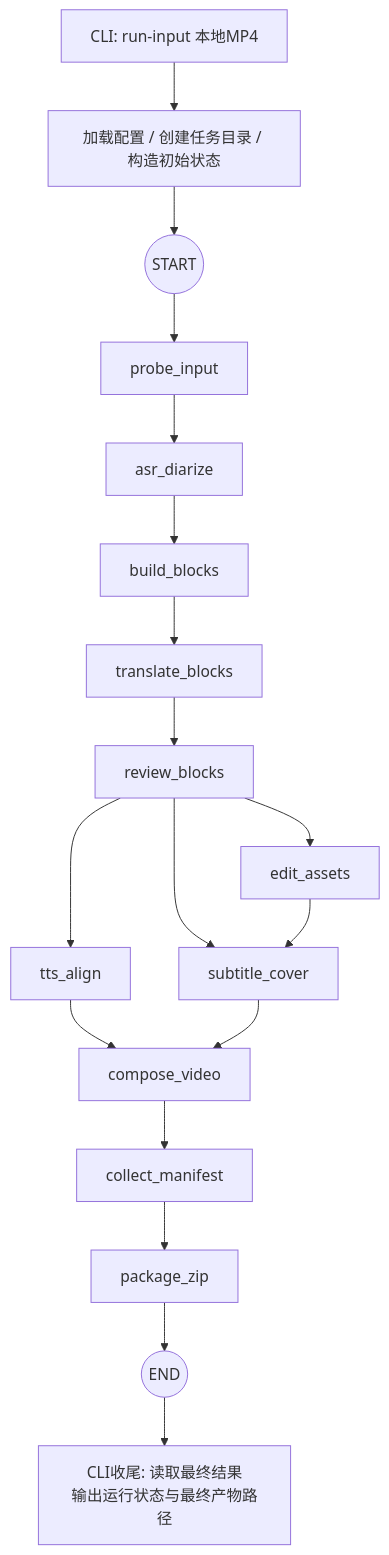
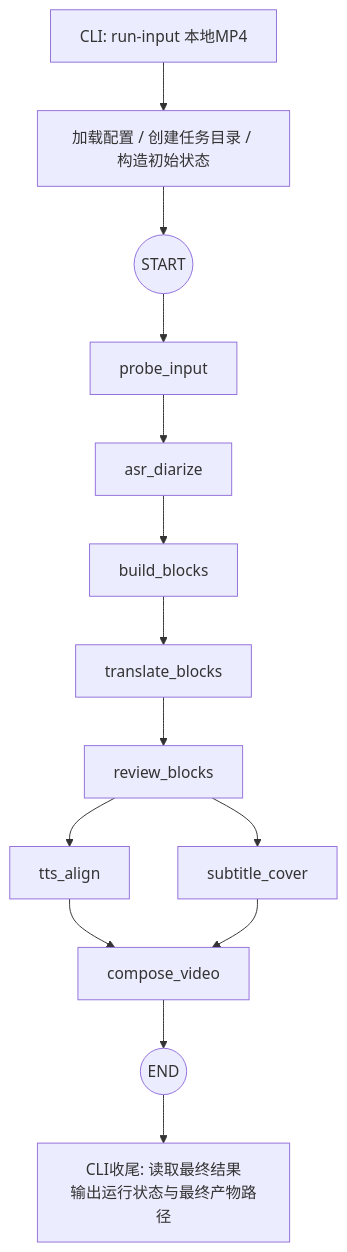
Before and after one commit to AchiDilyar/english-video-localizer: the diagram in docs/design/workflow.md, drawn with Mermaid. The commit also changed other lines of this file and 7 other files, not shown here.

First line of the commit message:
docs(design): 删除 edit_assets/collect_manifest/package_zip节点

````diff
--- a/docs/design/workflow.md
+++ b/docs/design/workflow.md
@@ -93,25 +90,21 @@
 ```mermaid
 flowchart TD
     CLI[CLI: run-input 本地MP4] --> INIT[加载配置 / 创建任务目录 / 构造初始状态]
     INIT --> START((START))
 
     START --> N1[probe_input]
     N1 --> N2[asr_diarize]
     N2 --> N3[build_blocks]
     N3 --> N4[translate_blocks]
     N4 --> N5[review_blocks]
 
     N5 --> N6[tts_align]
-    N5 --> N7[edit_assets]
     N5 --> N8[subtitle_cover]
-    N7 --> N8
 
     N6 --> N9[compose_video]
     N8 --> N9
 
-    N9 --> N10[collect_manifest]
-    N10 --> N11[package_zip]
-    N11 --> END((END))
+    N9 --> END((END))
 
     END --> OUT[CLI收尾: 读取最终结果<br/>输出运行状态与最终产物路径]
 ```
````
